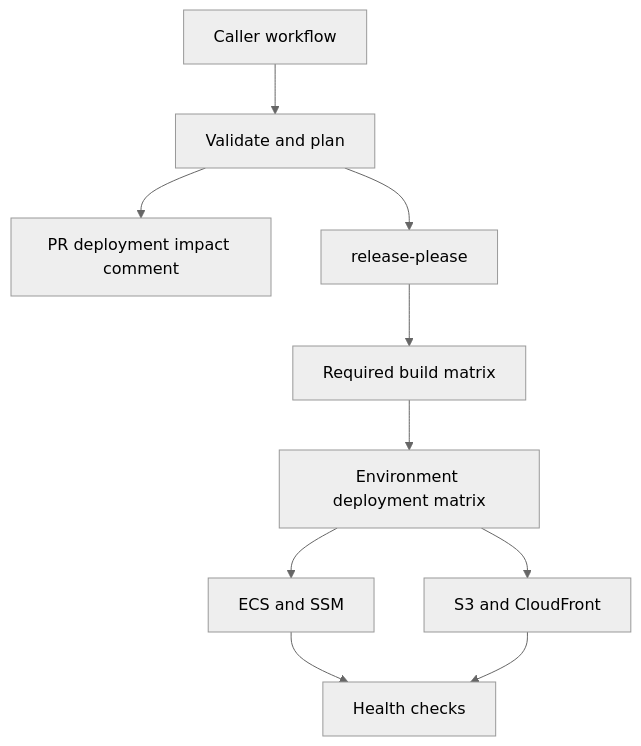
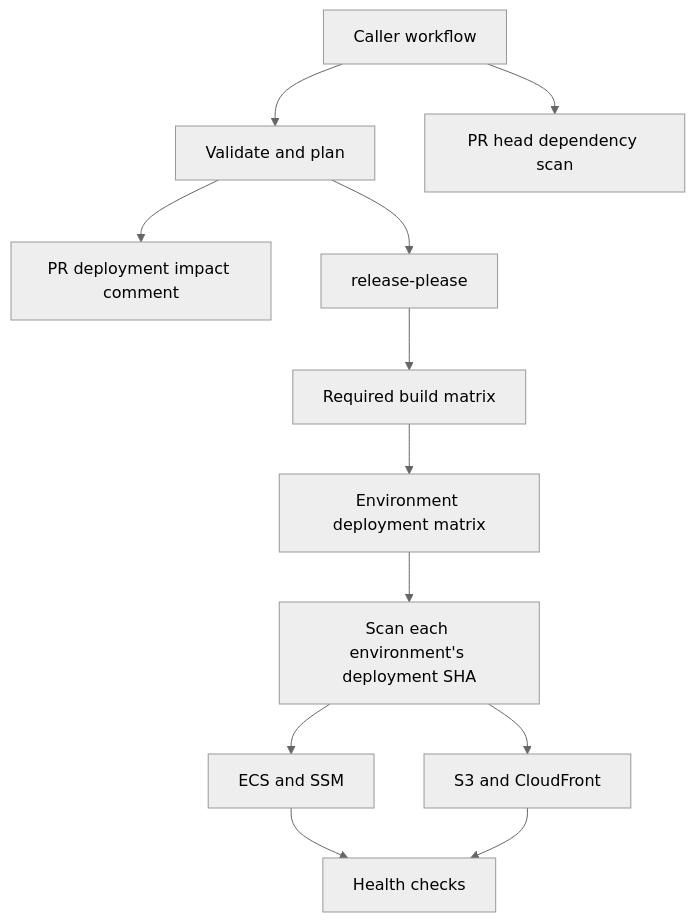
One commit to cds-snc/canadalogin-release-pipeline changed the diagram in README.md. Above: the diagram before and after it, drawn with Mermaid (neutral theme). The commit also changed other lines of this file and 9 other files, not shown here.

````diff
--- a/README.md
+++ b/README.md
@@ -54,12 +67,14 @@
 ```mermaid
 flowchart TD
     A[Caller workflow] --> B[Validate and plan]
+    A --> V[PR head dependency scan]
     B --> C[PR deployment impact comment]
     B --> D[release-please]
     D --> E[Required build matrix]
     E --> G[Environment deployment matrix]
-    G --> H[S3 and CloudFront]
-    G --> I[ECS and SSM]
+    G --> S[Scan each environment's deployment SHA]
+    S --> H[S3 and CloudFront]
+    S --> I[ECS and SSM]
     I --> J[Health checks]
     H --> J
 ```
````
